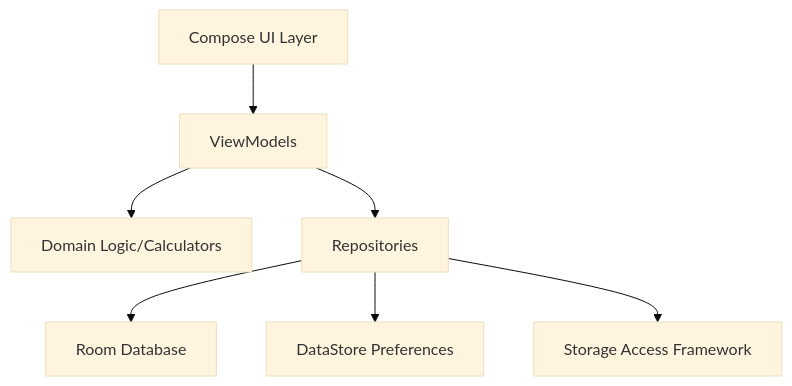
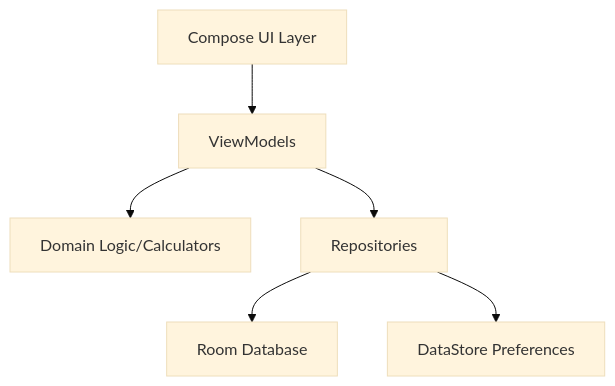
One commit to KVCrisostomo/FinancialMatrix changed the second of 2 diagrams in FinancialMatrix/ARCHITECTURE.md. Above: the diagram before and after it, drawn with Mermaid (base theme). The commit also changed other lines of this file and 1 other file, not shown here.

Commit message:
docs/build: decommission CSV Export and SAF references in architecture and build script

````diff
--- a/FinancialMatrix/ARCHITECTURE.md
+++ b/FinancialMatrix/ARCHITECTURE.md
@@ -83,9 +82,8 @@
 ```mermaid
 graph TD
     UI[Compose UI Layer] --> VM[ViewModels]
     VM --> Domain[Domain Logic/Calculators]
     VM --> Repo[Repositories]
     Repo --> DB[Room Database]
     Repo --> DS[DataStore Preferences]
-    Repo --> SAF[Storage Access Framework]
 ```
````
